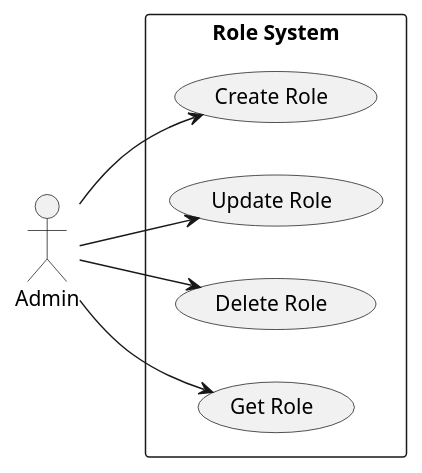
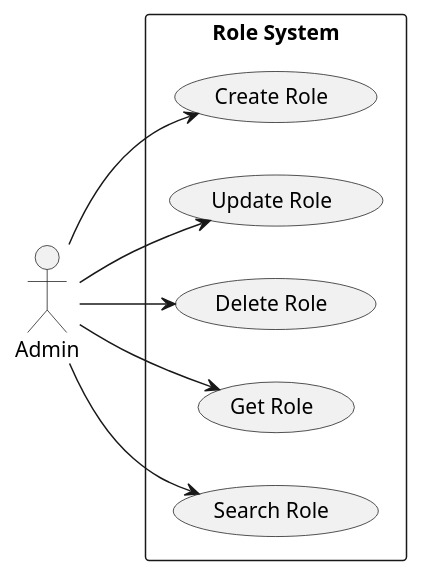
Before and after one commit to fwidjaya20/fazzlearning-uml: the diagram in UseCase/Release01/RoleSubSystem.wsd, drawn with PlantUML. The commit also changed 5 other files, not shown here.

```diff
--- a/UseCase/Release01/RoleSubSystem.wsd
+++ b/UseCase/Release01/RoleSubSystem.wsd
@@ -1,18 +1,19 @@
 @startuml RoleSubSystem
 
 left to right direction
 
 skinparam Monochrome true
 skinparam Shadowing false
 skinparam packageStyle rectangle
 
 actor Admin
 
 rectangle "Role System" {
     Admin --> (Create Role)
     Admin --> (Update Role)
     Admin --> (Delete Role)
     Admin --> (Get Role)
+    Admin --> (Search Role)
 }
 
 @enduml
```
